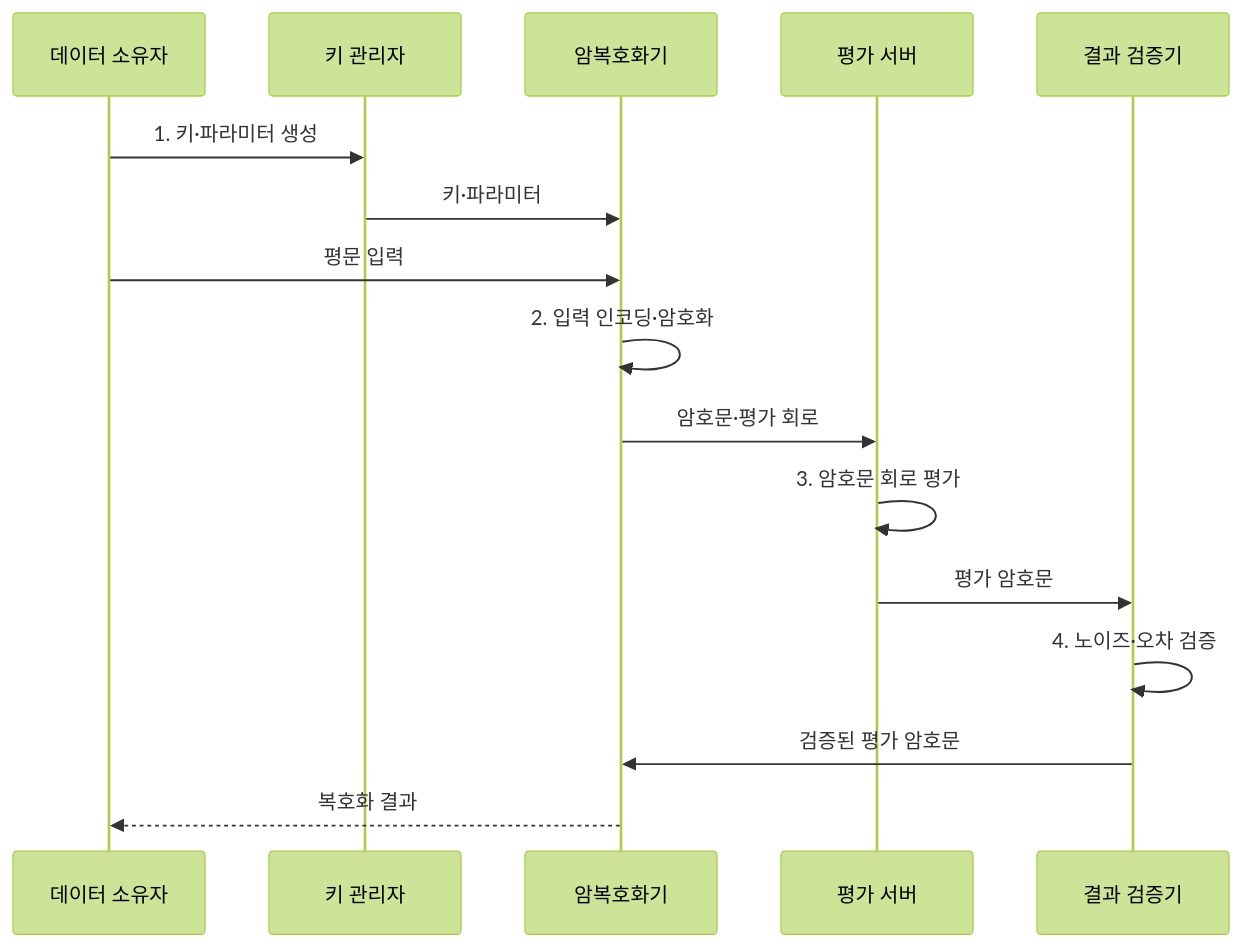
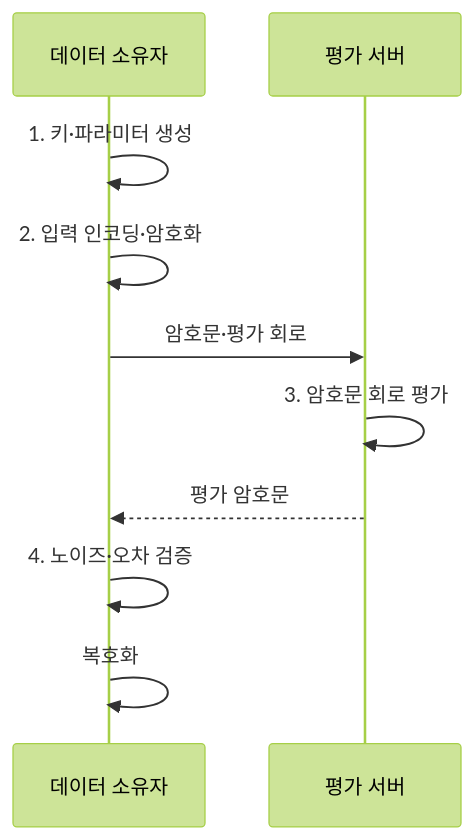
One commit to agnusdei1207/knowledge-base changed the second of 2 diagrams in src/content/docs/notes/05-security/015_homomorphic_encryption.md. Above: the diagram before and after it, drawn with Mermaid (forest theme). The commit also changed 9 other files, not shown here.

Commit message:
Focus cryptography sequence actors

````diff
--- a/src/content/docs/notes/05-security/015_homomorphic_encryption.md
+++ b/src/content/docs/notes/05-security/015_homomorphic_encryption.md
@@ -102,18 +102,12 @@
 ```mermaid
 sequenceDiagram
     participant O as 데이터 소유자
-    participant K as 키 관리자
-    participant C as 암복호화기
     participant E as 평가 서버
-    participant V as 결과 검증기
-    O->>K: 1. 키·파라미터 생성
-    K->>C: 키·파라미터
-    O->>C: 평문 입력
-    C->>C: 2. 입력 인코딩·암호화
-    C->>E: 암호문·평가 회로
+    O->>O: 1. 키·파라미터 생성
+    O->>O: 2. 입력 인코딩·암호화
+    O->>E: 암호문·평가 회로
     E->>E: 3. 암호문 회로 평가
-    E->>V: 평가 암호문
-    V->>V: 4. 노이즈·오차 검증
-    V->>C: 검증된 평가 암호문
-    C-->>O: 복호화 결과
+    E-->>O: 평가 암호문
+    O->>O: 4. 노이즈·오차 검증
+    O->>O: 복호화
 ```
````
